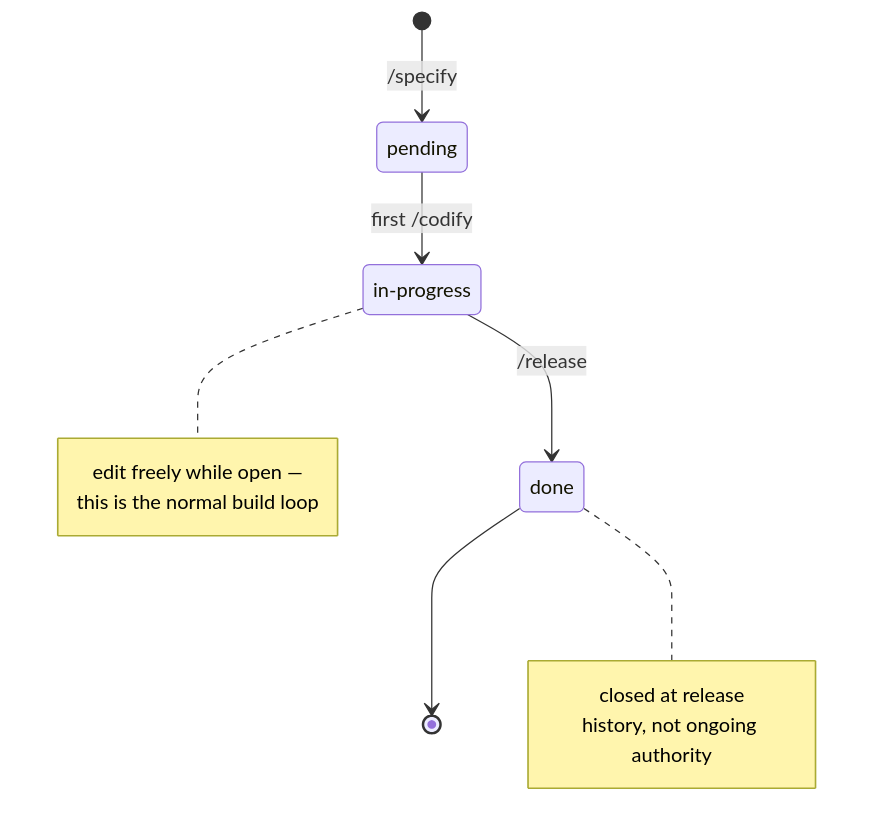
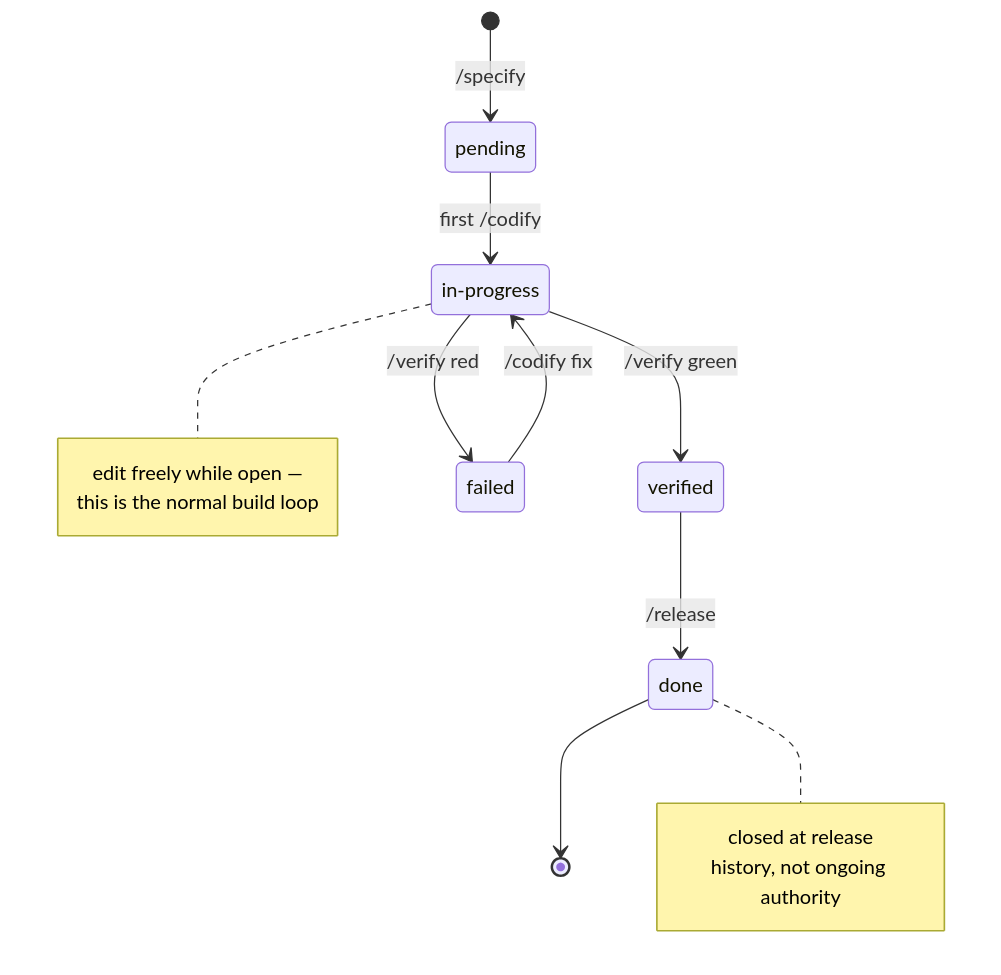
One commit to AIDDbot/AIDDbot changed the ninth of 9 diagrams in docs/AIDD.workflow.md. Above: the diagram before and after it, drawn with Mermaid. The commit also changed other lines of this file and 15 other files, not shown here.

````diff
--- a/docs/AIDD.workflow.md
+++ b/docs/AIDD.workflow.md
@@ -351,20 +351,25 @@
 ```mermaid
 stateDiagram-v2
   state "pending" as p
   state "in-progress" as ip
+  state "verified" as v
+  state "failed" as f
   state "done" as d
 
   [*] --> p: /specify
   p --> ip: first /codify
-  ip --> d: /release
+  ip --> v: /verify green
+  ip --> f: /verify red
+  f --> ip: /codify fix
+  v --> d: /release
   d --> [*]
 
   note right of ip
     edit freely while open —
     this is the normal build loop
   end note
   note right of d
     closed at release
     history, not ongoing authority
   end note
 ```
````
